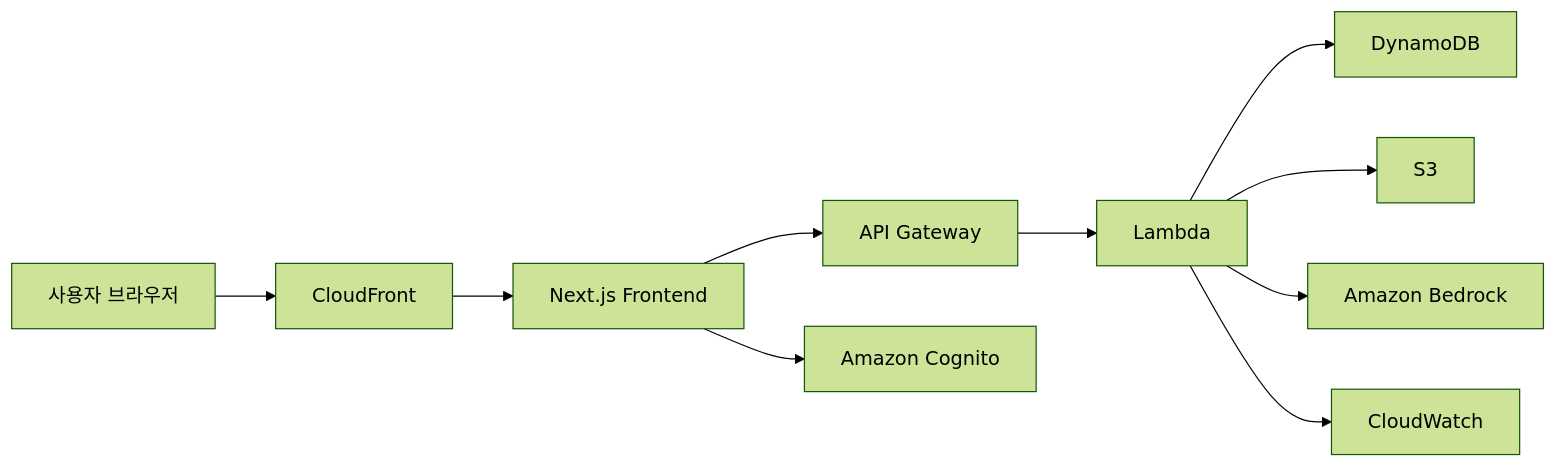
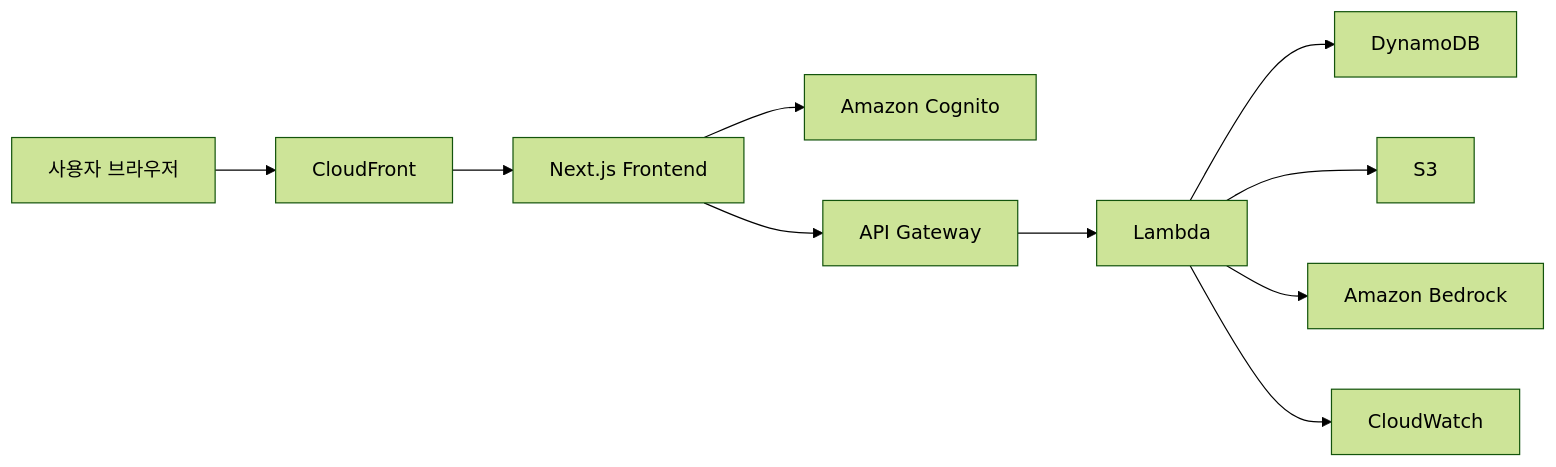
One commit to speed6569-pixel/BankFlow changed the diagram in docs/aws-architecture.md. Above: the diagram before and after it, drawn with Mermaid (forest theme). The commit also changed other lines of this file and 3 other files, not shown here.

````diff
--- a/docs/aws-architecture.md
+++ b/docs/aws-architecture.md
@@ -22,12 +22,12 @@
 ```mermaid
 flowchart LR
     U[사용자 브라우저] --> C[CloudFront]
     C --> F[Next.js Frontend]
+    F --> A[Amazon Cognito]
     F --> G[API Gateway]
     G --> L[Lambda]
     L --> D[DynamoDB]
     L --> S[S3]
     L --> B[Amazon Bedrock]
-    F --> A[Amazon Cognito]
     L --> W[CloudWatch]
 ```
````
